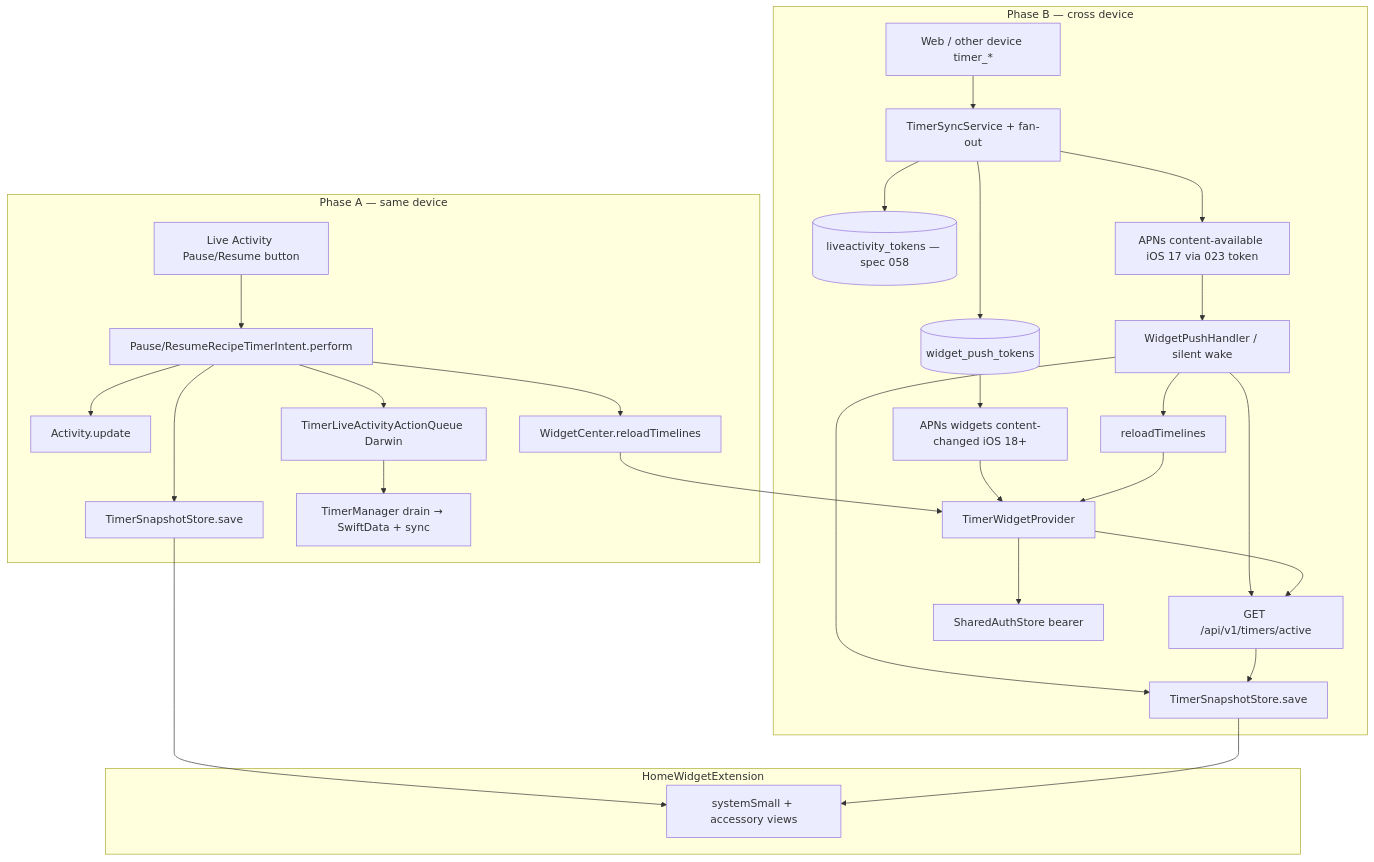
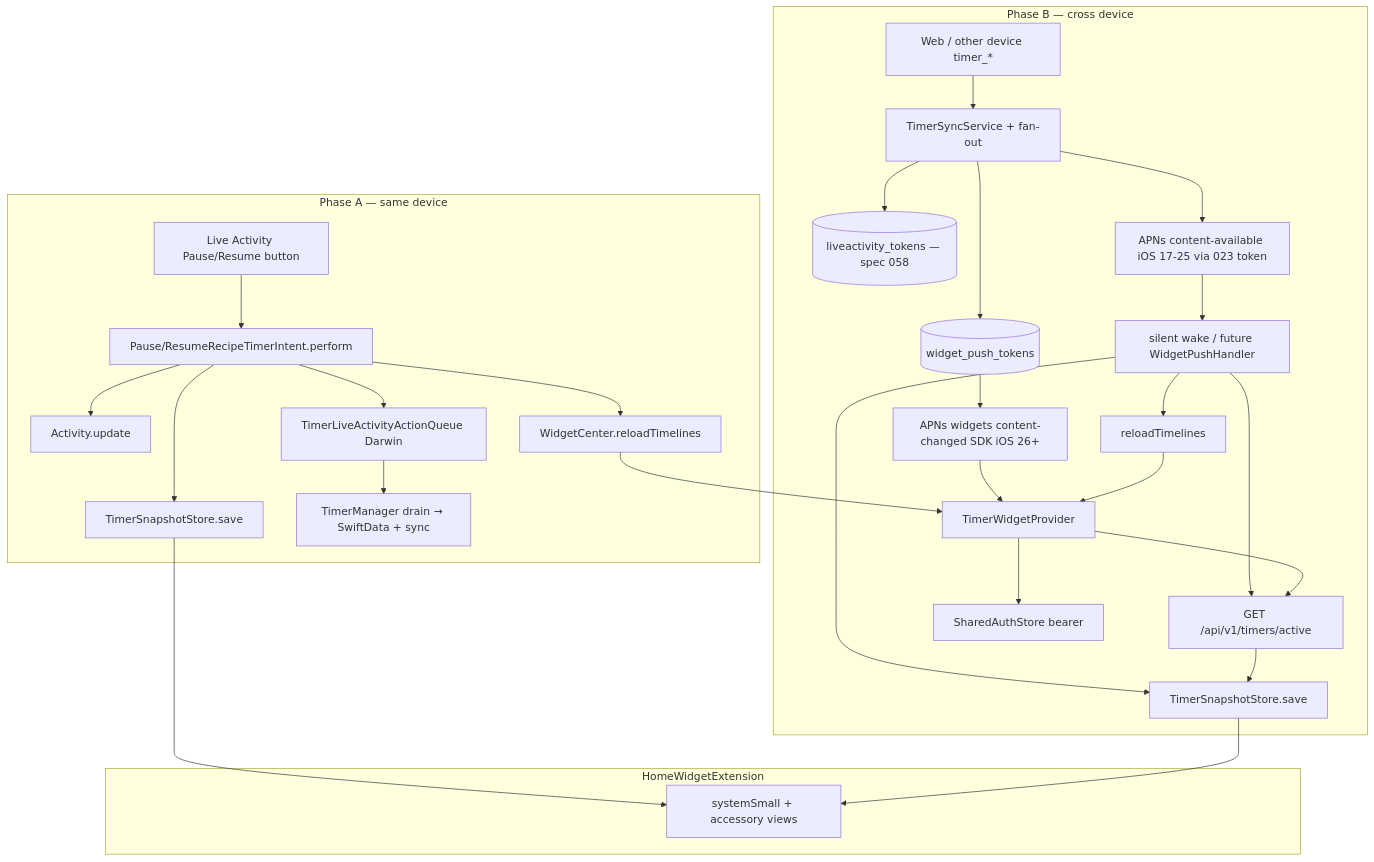
The diagram in specs/030-timer-widget/plan.md (mikeozornin/recipe-scaler-native), drawn with Mermaid before and after one commit. The commit also changed other lines of this file and 28 other files, not shown here.

First line of the commit message:
feat(widget): background timer refresh via silent push and gated Provider fetch

````diff
--- a/specs/030-timer-widget/plan.md
+++ b/specs/030-timer-widget/plan.md
@@ -36,56 +36,56 @@
 ```mermaid
 flowchart TD
     subgraph SameDevice[Phase A — same device]
         LABtn[Live Activity Pause/Resume button]
         Intent[Pause/ResumeRecipeTimerIntent.perform]
         ActUp[Activity.update]
         SnapA[TimerSnapshotStore.save]
         RelA[WidgetCenter.reloadTimelines]
         Queue[TimerLiveActivityActionQueue Darwin]
         TM[TimerManager drain → SwiftData + sync]
     end
 
     subgraph CrossDevice[Phase B — cross device]
         Web[Web / other device timer_*]
         Server[TimerSyncService + fan-out]
         WTok[(widget_push_tokens)]
         LATok[(liveactivity_tokens — spec 058)]
-        WPush[APNs widgets content-changed iOS 18+]
-        Silent[APNs content-available iOS 17 via 023 token]
-        Handler[WidgetPushHandler / silent wake]
+        WPush[APNs widgets content-changed SDK iOS 26+]
+        Silent[APNs content-available iOS 17-25 via 023 token]
+        Handler[silent wake / future WidgetPushHandler]
         Prov[TimerWidgetProvider]
         Fetch[GET /api/v1/timers/active]
         Auth[SharedAuthStore bearer]
         SnapB[TimerSnapshotStore.save]
         RelB[reloadTimelines]
     end
 
     subgraph Widget[HomeWidgetExtension]
         Views[systemSmall + accessory views]
     end
 
     LABtn --> Intent
     Intent --> ActUp
     Intent --> SnapA
     Intent --> RelA
     Intent --> Queue
     Queue --> TM
 
     Web --> Server
     Server --> WTok
     Server --> LATok
     WTok --> WPush
     Server --> Silent
     WPush --> Prov
     Silent --> Handler
     Handler --> Fetch
     Handler --> SnapB
     Handler --> RelB
     Prov --> Auth
     Prov --> Fetch
     Fetch --> SnapB
     SnapA --> Views
     SnapB --> Views
     RelA --> Prov
     RelB --> Prov
 ```
````
